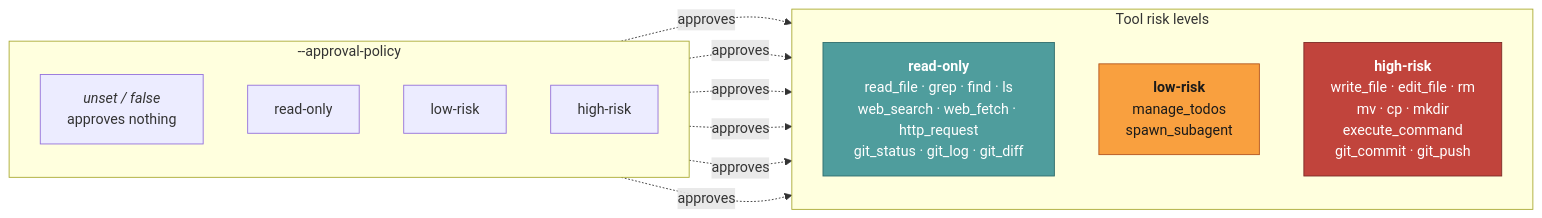
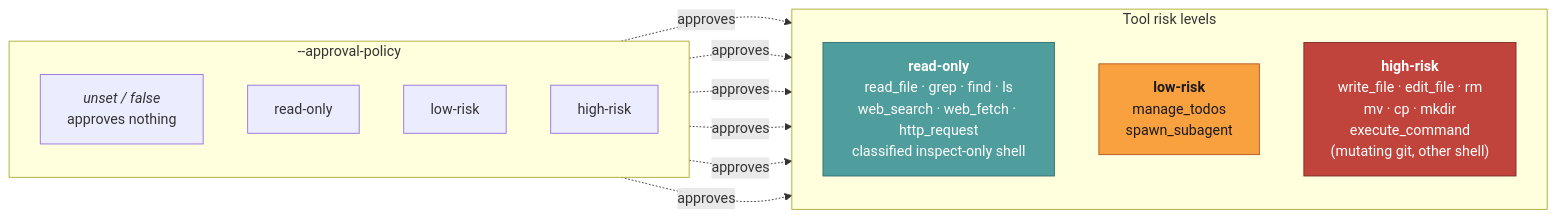
The third of 4 diagrams in docs/internals/tools-and-approval.md (lvndry/jazz), drawn with Mermaid before and after one commit. The commit also changed other lines of this file and 121 other files, not shown here.

````diff
--- a/docs/internals/tools-and-approval.md
+++ b/docs/internals/tools-and-approval.md
@@ -89,31 +89,31 @@
 ```mermaid
 flowchart LR
     subgraph tiers["Tool risk levels"]
         direction TB
-        RO["<b>read-only</b><br/>read_file · grep · find · ls<br/>web_search · web_fetch · http_request<br/>git_status · git_log · git_diff"]
+        RO["<b>read-only</b><br/>read_file · grep · find · ls<br/>web_search · web_fetch · http_request<br/>classified inspect-only shell"]
         LR["<b>low-risk</b><br/>manage_todos<br/>spawn_subagent"]
-        HR["<b>high-risk</b><br/>write_file · edit_file · rm<br/>mv · cp · mkdir<br/>execute_command<br/>git_commit · git_push"]
+        HR["<b>high-risk</b><br/>write_file · edit_file · rm<br/>mv · cp · mkdir<br/>execute_command<br/>(mutating git, other shell)"]
     end
 
     subgraph policies["--approval-policy"]
         direction TB
         P0["<i>unset / false</i><br/>approves nothing"]
         P1["read-only"]
         P2["low-risk"]
         P3["high-risk"]
     end
 
     P1 -.->|approves| RO
     P2 -.->|approves| RO
     P2 -.->|approves| LR
     P3 -.->|approves| RO
     P3 -.->|approves| LR
     P3 -.->|approves| HR
 
     classDef safe fill:#4f9d9d,stroke:#2f6d6d,color:#ffffff
     classDef warn fill:#f9a03f,stroke:#b3541e,color:#1a1a1a
     classDef bad fill:#c1443c,stroke:#7d2b26,color:#ffffff
     class RO safe
     class LR warn
     class HR bad
 ```
````
